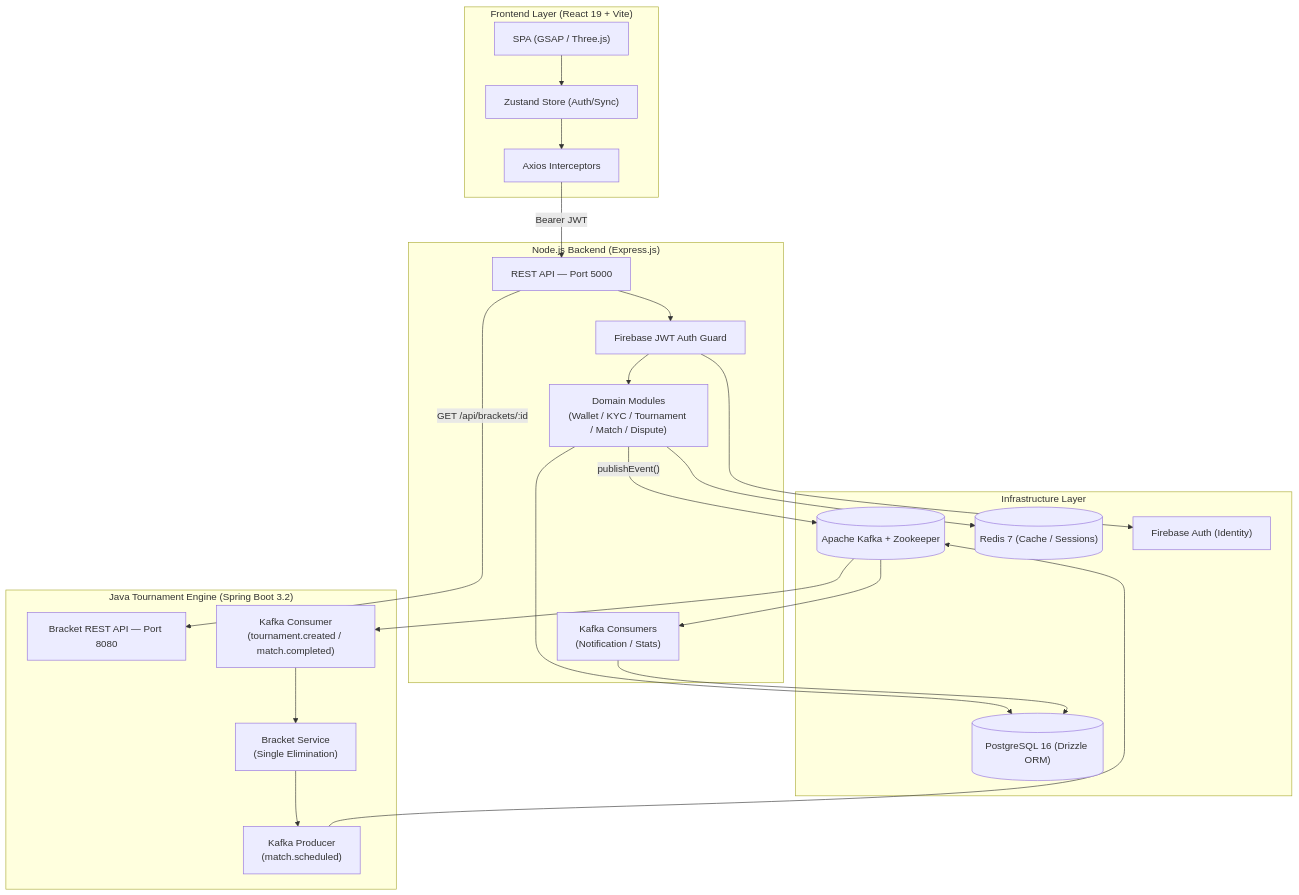
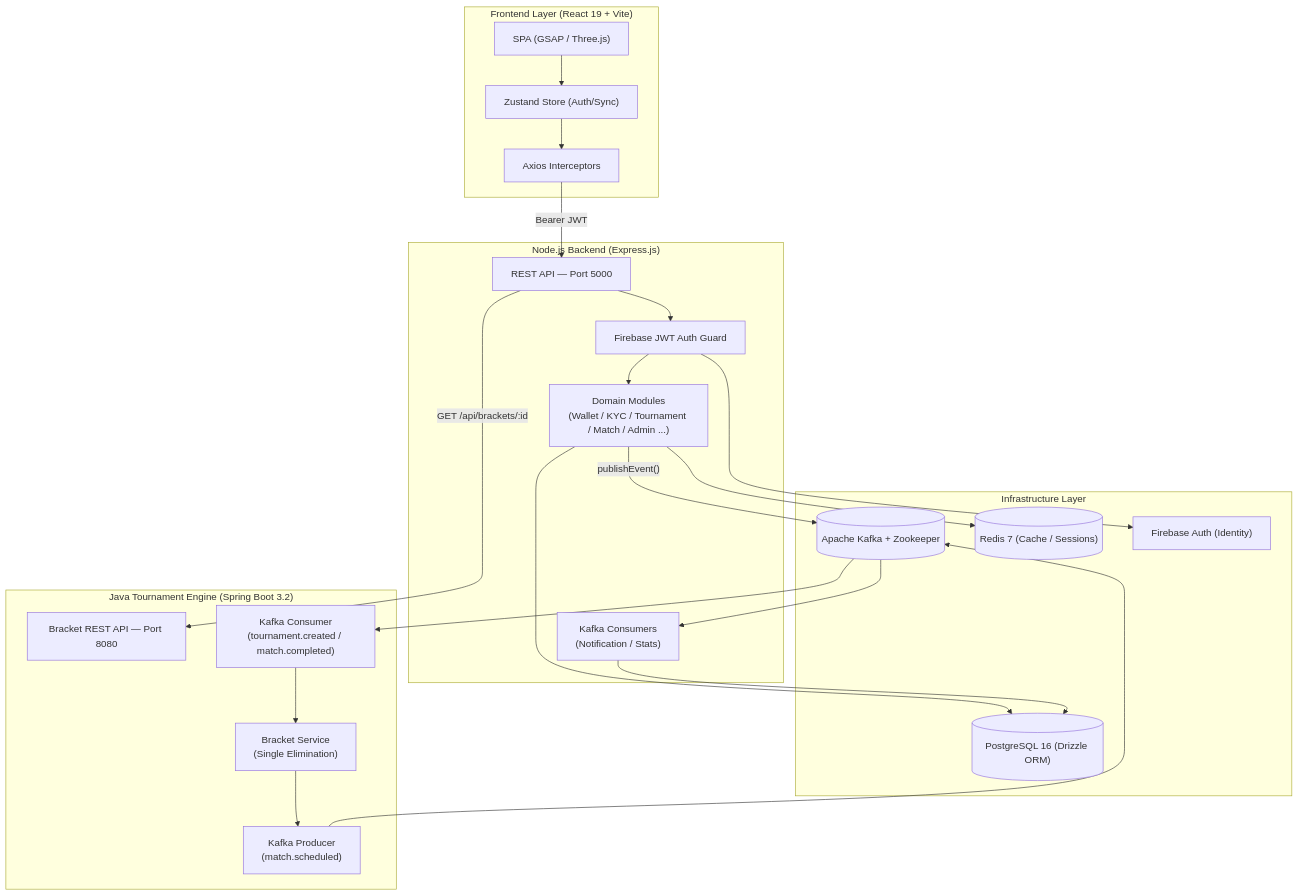
Before and after one commit to Govind-Madhav/Titan-Arena-Project: the diagram in README.md, drawn with Mermaid. The commit also changed other lines of this file and 35 other files, not shown here.

````diff
--- a/README.md
+++ b/README.md
@@ -20,51 +20,51 @@
 ```mermaid
 graph TD
     subgraph "Frontend Layer (React 19 + Vite)"
         UI["SPA (GSAP / Three.js)"]
         Store["Zustand Store (Auth/Sync)"]
         Axios["Axios Interceptors"]
     end
 
     subgraph "Node.js Backend (Express.js)"
         API["REST API — Port 5000"]
         Auth["Firebase JWT Auth Guard"]
-        Modules["Domain Modules\n(Wallet / KYC / Tournament / Match / Dispute)"]
+        Modules["Domain Modules\n(Wallet / KYC / Tournament / Match / Admin ...)"]
         Consumers["Kafka Consumers\n(Notification / Stats)"]
     end
 
     subgraph "Java Tournament Engine (Spring Boot 3.2)"
         JavaAPI["Bracket REST API — Port 8080"]
         KConsumer["Kafka Consumer\n(tournament.created / match.completed)"]
         BracketSvc["Bracket Service\n(Single Elimination)"]
         KProducer["Kafka Producer\n(match.scheduled)"]
     end
 
     subgraph "Infrastructure Layer"
         Kafka[("Apache Kafka + Zookeeper")]
         PG[("PostgreSQL 16 (Drizzle ORM)")]
         Redis[("Redis 7 (Cache / Sessions)")]
         Firebase["Firebase Auth (Identity)"]
     end
 
     %% Frontend → Backend
     UI --> Store --> Axios
     Axios -- "Bearer JWT" --> API
     API --> Auth --> Firebase
     Auth --> Modules
 
     %% Backend → DB + Kafka
     Modules --> PG
     Modules -- "publishEvent()" --> Kafka
 
     %% Kafka → Java Engine
     Kafka --> KConsumer --> BracketSvc --> KProducer --> Kafka
 
     %% Kafka → Node.js Consumers
     Kafka --> Consumers --> PG
 
     %% Java REST → Node.js
     API -- "GET /api/brackets/:id" --> JavaAPI
 
     %% Session / Cache
     Modules --> Redis
 ```
````
